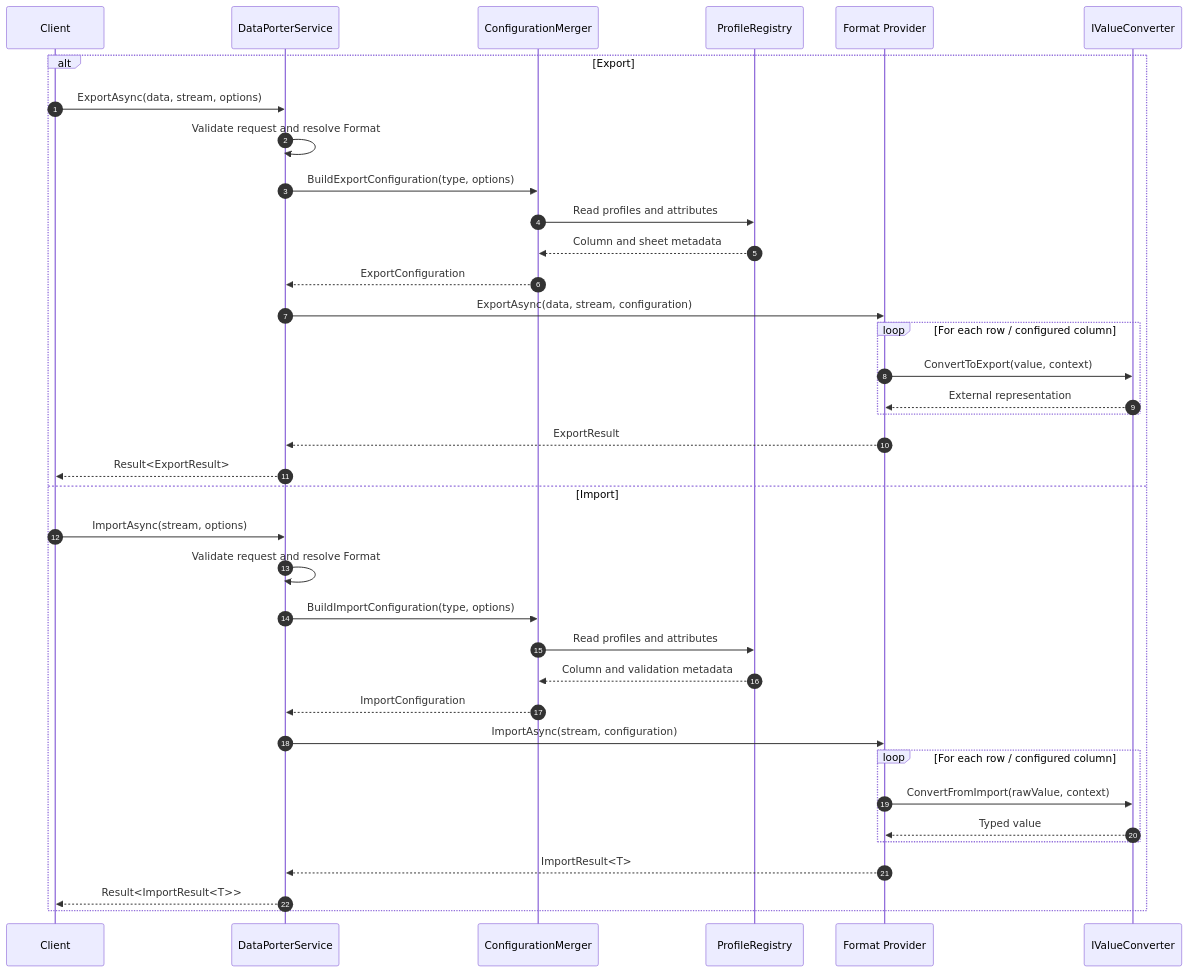
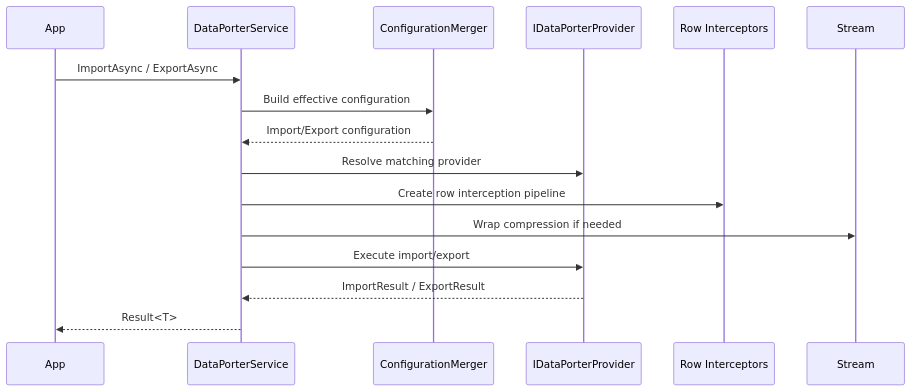
One commit to BridgingIT-GmbH/bITdevKit changed the third of 5 diagrams in docs/features-application-dataporter.md. Above: the diagram before and after it, drawn with Mermaid. The commit also changed other lines of this file, not shown here.

Commit message:
enhance documentation with architecture overview and mermaid diagrams

````diff
--- a/docs/features-application-dataporter.md
+++ b/docs/features-application-dataporter.md
@@ -1188,40 +442,19 @@
 ```mermaid
 sequenceDiagram
-    autonumber
-    participant App as Client
+    participant App
     participant Service as DataPorterService
     participant Merger as ConfigurationMerger
-    participant Registry as ProfileRegistry
-    participant Provider as Format Provider
-    participant Converter as IValueConverter
+    participant Provider as IDataPorterProvider
+    participant Hooks as Row Interceptors
+    participant Stream
 
-    alt Export
-        App->>Service: ExportAsync(data, stream, options)
-        Service->>Service: Validate request and resolve Format
-        Service->>Merger: BuildExportConfiguration(type, options)
-        Merger->>Registry: Read profiles and attributes
-        Registry-->>Merger: Column and sheet metadata
-        Merger-->>Service: ExportConfiguration
-        Service->>Provider: ExportAsync(data, stream, configuration)
-        loop For each row / configured column
-            Provider->>Converter: ConvertToExport(value, context)
-            Converter-->>Provider: External representation
-        end
-        Provider-->>Service: ExportResult
-        Service-->>App: Result<ExportResult>
-    else Import
-        App->>Service: ImportAsync(stream, options)
-        Service->>Service: Validate request and resolve Format
-        Service->>Merger: BuildImportConfiguration(type, options)
-        Merger->>Registry: Read profiles and attributes
-        Registry-->>Merger: Column and validation metadata
-        Merger-->>Service: ImportConfiguration
-        Service->>Provider: ImportAsync(stream, configuration)
-        loop For each row / configured column
-            Provider->>Converter: ConvertFromImport(rawValue, context)
-            Converter-->>Provider: Typed value
-        end
-        Provider-->>Service: ImportResult<T>
-        Service-->>App: Result<ImportResult<T>>
-    end
+    App->>Service: ImportAsync / ExportAsync
+    Service->>Merger: Build effective configuration
+    Merger-->>Service: Import/Export configuration
+    Service->>Provider: Resolve matching provider
+    Service->>Hooks: Create row interception pipeline
+    Service->>Stream: Wrap compression if needed
+    Service->>Provider: Execute import/export
+    Provider-->>Service: ImportResult / ExportResult
+    Service-->>App: Result<T>
 ```
````
